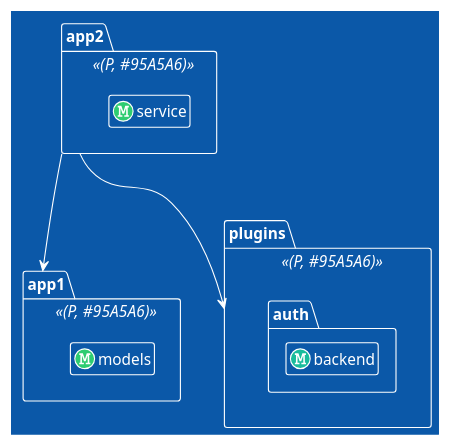
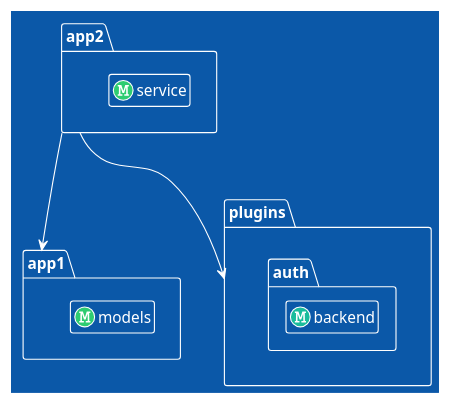
The diagram in README.md (nkhitrov/arch-blueprint), drawn with PlantUML before and after one commit. The commit also changed other lines of this file and 6 other files, not shown here.

First line of the commit message:
docs: show the diagrams where the README explains them

````diff
--- a/README.md
+++ b/README.md
@@ -45,21 +50,21 @@
 ```puml
 @startuml
 !theme amiga
 
 top to bottom direction
 hide empty members
 
-package app1 <<(P, #95A5A6)>> {
+package app1 {
   class app1.models <<(M, #2ECC71)>>
 }
-package app2 <<(P, #95A5A6)>> {
+package app2 {
   class app2.service <<(M, #2ECC71)>>
 }
-package plugins <<(P, #95A5A6)>> {
+package plugins {
   class plugins.auth.backend <<(M, #1ABC9C)>>
 }
 
 app2 ---> app1
 app2 ---> plugins
 @enduml
 ```
````
